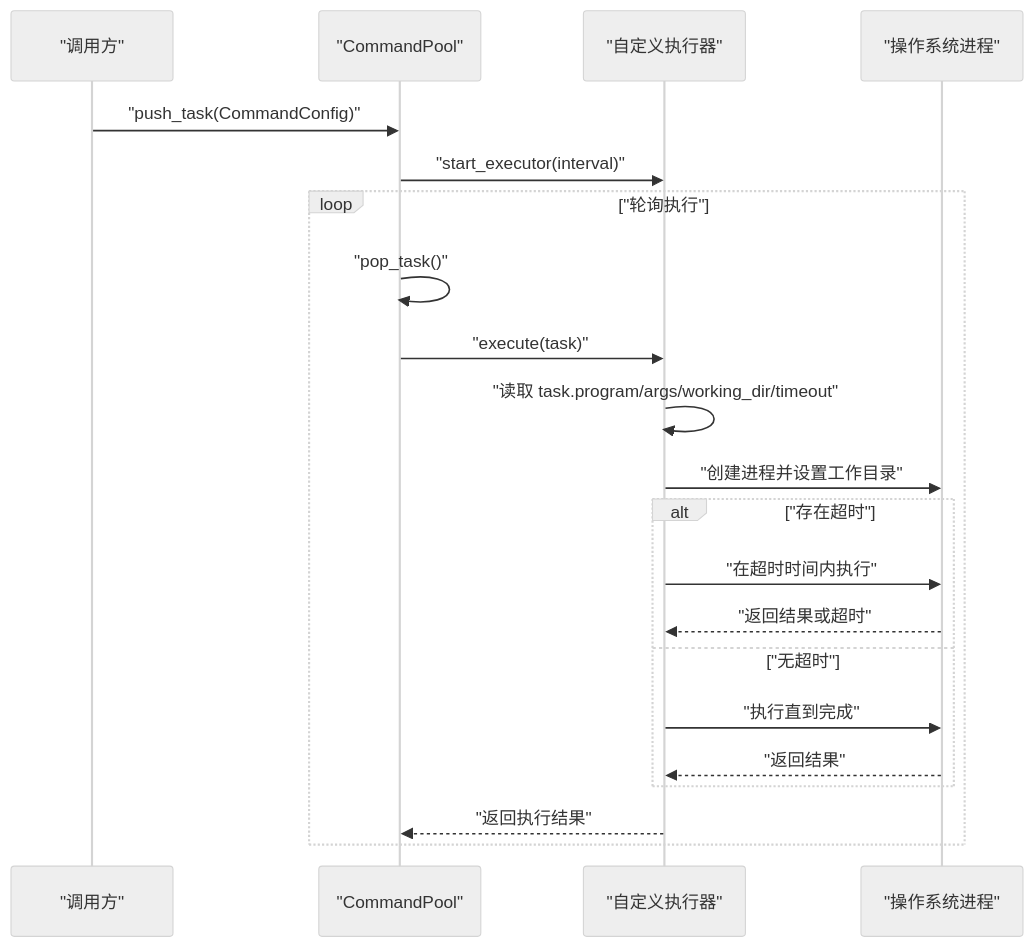
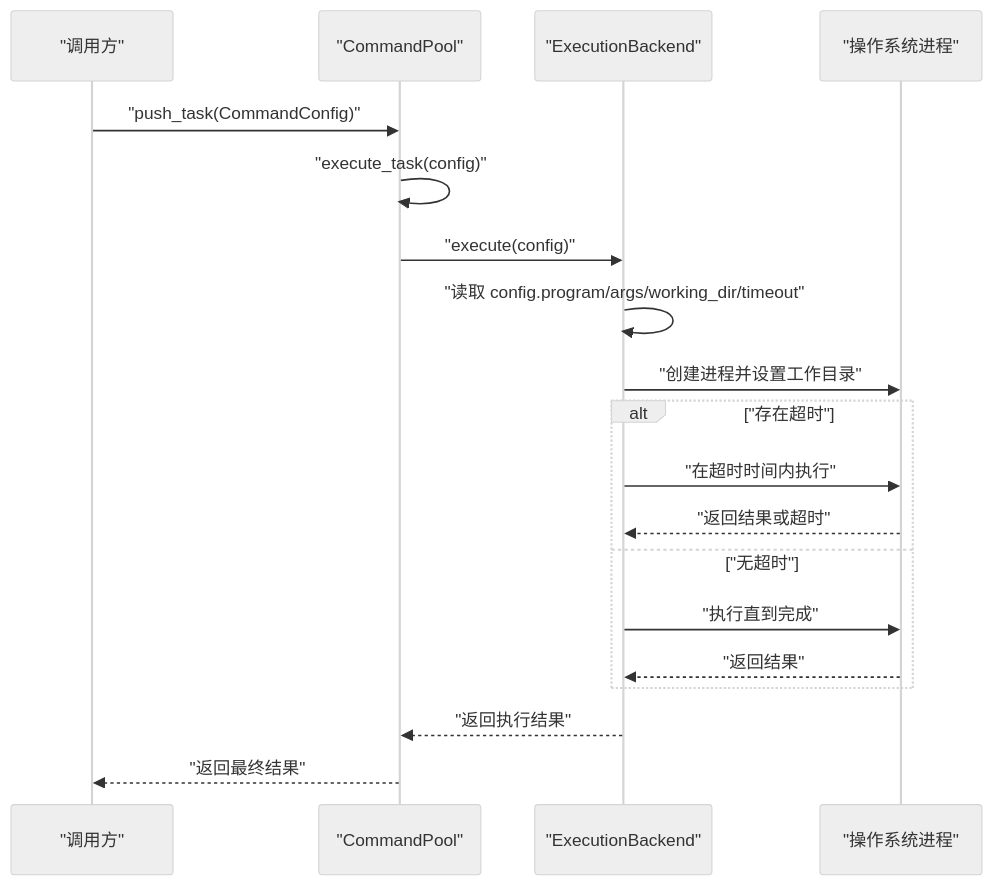
One commit to xcry2006/execute changed the third of 5 diagrams in .qoder/repowiki/zh/content/核心 API 参考/配置 API.md. Above: the diagram before and after it, drawn with Mermaid (neutral theme). The commit also changed other lines of this file and 9 other files, not shown here.

````diff
--- a/.qoder/repowiki/zh/content/核心 API 参考/配置 API.md
+++ b/.qoder/repowiki/zh/content/核心 API 参考/配置 API.md
@@ -198,23 +235,21 @@
 ```mermaid
 sequenceDiagram
 participant Client as "调用方"
 participant Pool as "CommandPool"
-participant Exec as "自定义执行器"
+participant Backend as "ExecutionBackend"
 participant OS as "操作系统进程"
 Client->>Pool : "push_task(CommandConfig)"
-Pool->>Exec : "start_executor(interval)"
-loop "轮询执行"
-Pool->>Pool : "pop_task()"
-Pool->>Exec : "execute(task)"
-Exec->>Exec : "读取 task.program/args/working_dir/timeout"
-Exec->>OS : "创建进程并设置工作目录"
+Pool->>Pool : "execute_task(config)"
+Pool->>Backend : "execute(config)"
+Backend->>Backend : "读取 config.program/args/working_dir/timeout"
+Backend->>OS : "创建进程并设置工作目录"
 alt "存在超时"
-Exec->>OS : "在超时时间内执行"
-OS-->>Exec : "返回结果或超时"
+Backend->>OS : "在超时时间内执行"
+OS-->>Backend : "返回结果或超时"
 else "无超时"
-Exec->>OS : "执行直到完成"
-OS-->>Exec : "返回结果"
+Backend->>OS : "执行直到完成"
+OS-->>Backend : "返回结果"
 end
-Exec-->>Pool : "返回执行结果"
-end
+Backend-->>Pool : "返回执行结果"
+Pool-->>Client : "返回最终结果"
 ```
````
